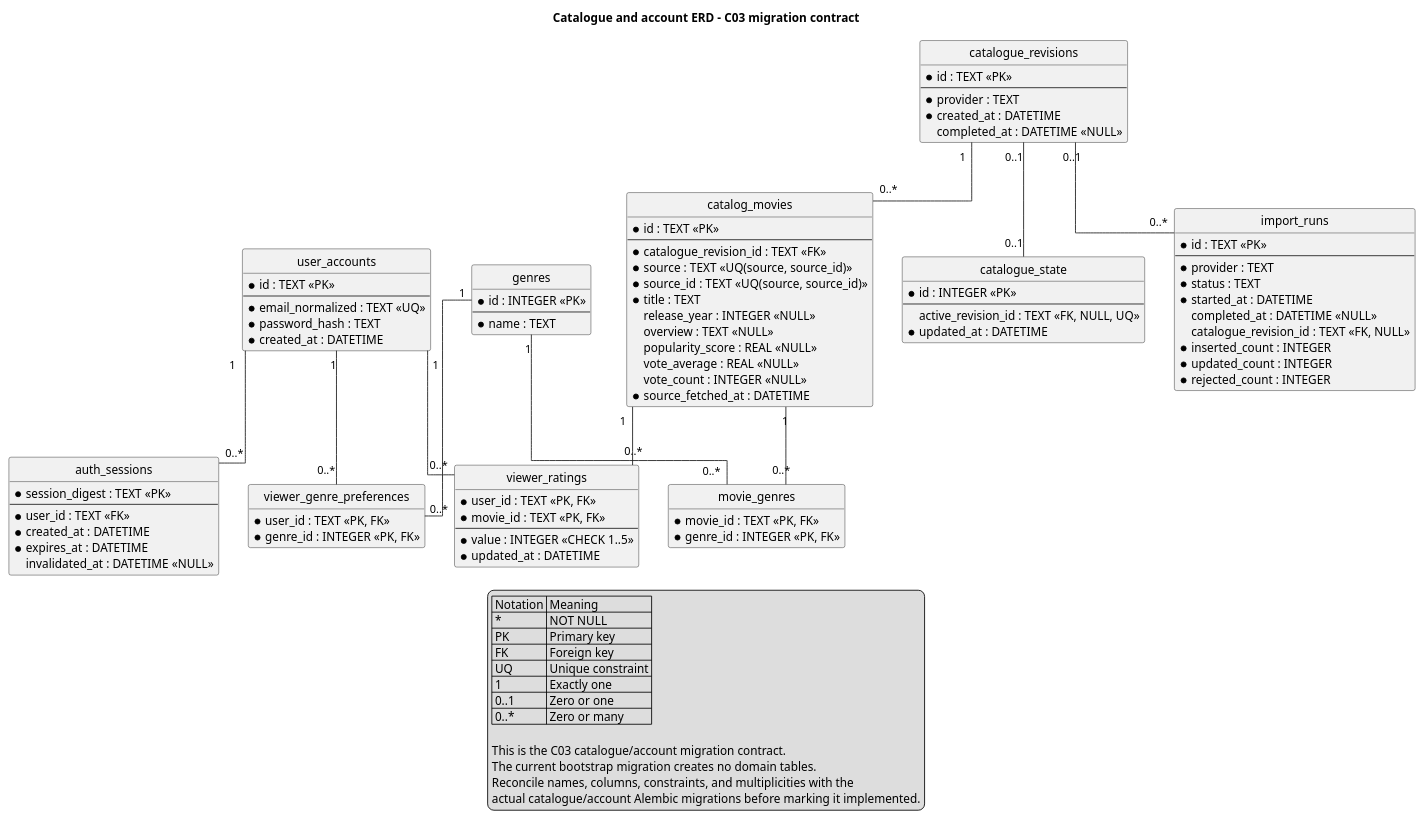
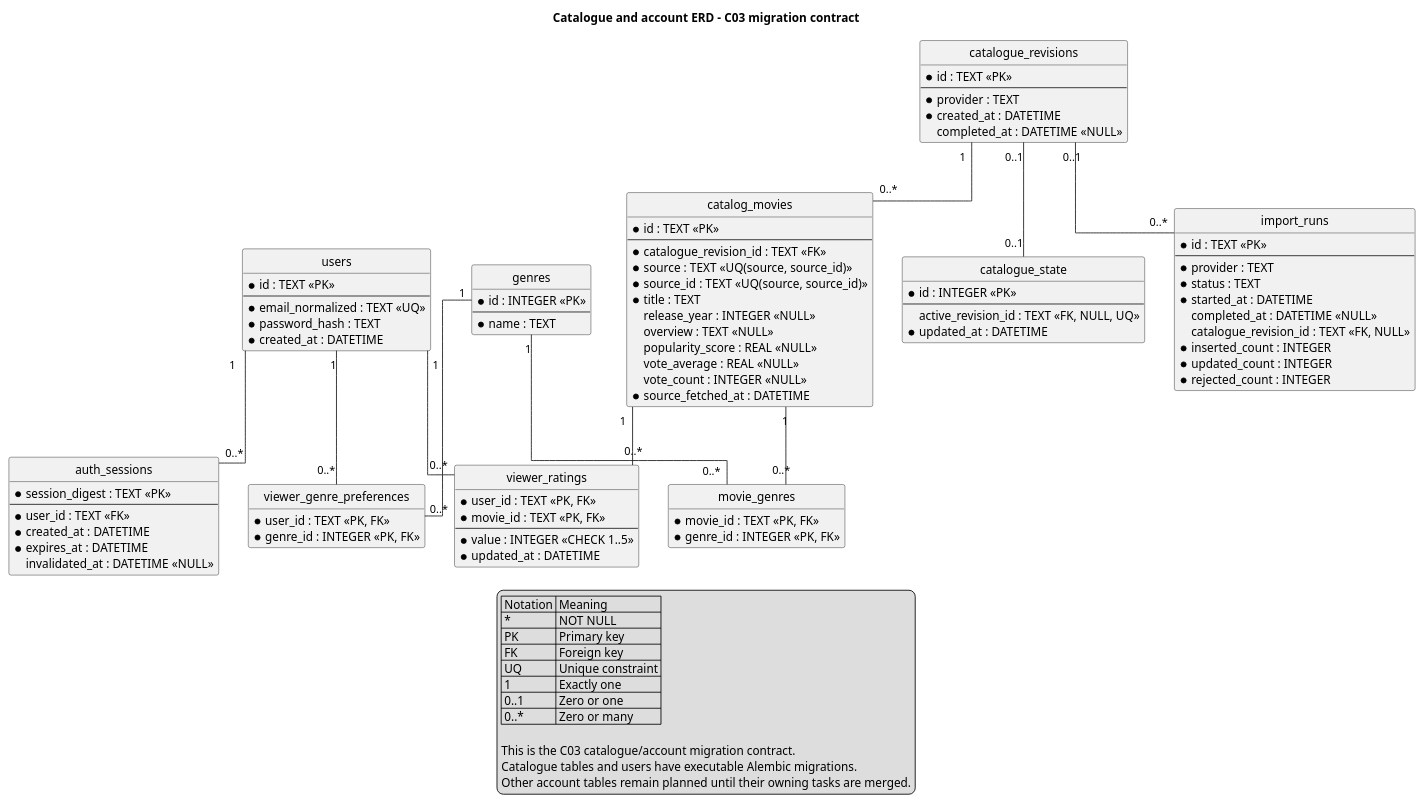
The diagram in docs/images/erd.puml (SE-FDA-NEU/ai66a_group3_C1_SE), drawn with PlantUML before and after one commit. The commit also changed 12 other files, not shown here.

```diff
--- a/docs/images/erd.puml
+++ b/docs/images/erd.puml
@@ -1,124 +1,123 @@
 @startuml
 title Catalogue and account ERD - C03 migration contract
 
 hide circle
 hide methods
 skinparam linetype ortho
 skinparam shadowing false
 skinparam entity {
   BackgroundColor #FFFFFF
   BorderColor #2F5597
   HeaderBackgroundColor #D9E8FB
 }
 
-entity "user_accounts" as user_accounts {
+entity "users" as users {
   * id : TEXT <<PK>>
   --
   * email_normalized : TEXT <<UQ>>
   * password_hash : TEXT
   * created_at : DATETIME
 }
 
 entity "auth_sessions" as auth_sessions {
   * session_digest : TEXT <<PK>>
   --
   * user_id : TEXT <<FK>>
   * created_at : DATETIME
   * expires_at : DATETIME
   invalidated_at : DATETIME <<NULL>>
 }
 
 entity "catalogue_revisions" as rev {
   * id : TEXT <<PK>>
   --
   * provider : TEXT
   * created_at : DATETIME
   completed_at : DATETIME <<NULL>>
 }
 
 entity "catalogue_state" as active_state {
   * id : INTEGER <<PK>>
   --
   active_revision_id : TEXT <<FK, NULL, UQ>>
   * updated_at : DATETIME
 }
 
 entity "catalog_movies" as movie_rows {
   * id : TEXT <<PK>>
   --
   * catalogue_revision_id : TEXT <<FK>>
   * source : TEXT <<UQ(source, source_id)>>
   * source_id : TEXT <<UQ(source, source_id)>>
   * title : TEXT
   release_year : INTEGER <<NULL>>
   overview : TEXT <<NULL>>
   popularity_score : REAL <<NULL>>
   vote_average : REAL <<NULL>>
   vote_count : INTEGER <<NULL>>
   * source_fetched_at : DATETIME
 }
 
 entity "genres" as genres {
   * id : INTEGER <<PK>>
   --
   * name : TEXT
 }
 
 entity "movie_genres" as movie_genre_links {
   * movie_id : TEXT <<PK, FK>>
   * genre_id : INTEGER <<PK, FK>>
 }
 
 entity "viewer_genre_preferences" as viewer_genre_preferences {
   * user_id : TEXT <<PK, FK>>
   * genre_id : INTEGER <<PK, FK>>
 }
 
 entity "viewer_ratings" as viewer_ratings {
   * user_id : TEXT <<PK, FK>>
   * movie_id : TEXT <<PK, FK>>
   --
   * value : INTEGER <<CHECK 1..5>>
   * updated_at : DATETIME
 }
 
 entity "import_runs" as imports {
   * id : TEXT <<PK>>
   --
   * provider : TEXT
   * status : TEXT
   * started_at : DATETIME
   completed_at : DATETIME <<NULL>>
   catalogue_revision_id : TEXT <<FK, NULL>>
   * inserted_count : INTEGER
   * updated_count : INTEGER
   * rejected_count : INTEGER
 }
 
-user_accounts "1" -- "0..*" auth_sessions
-user_accounts "1" -- "0..*" viewer_genre_preferences
-user_accounts "1" -- "0..*" viewer_ratings
+users "1" -- "0..*" auth_sessions
+users "1" -- "0..*" viewer_genre_preferences
+users "1" -- "0..*" viewer_ratings
 genres "1" -- "0..*" viewer_genre_preferences
 rev "1" -- "0..*" movie_rows
 rev "0..1" -- "0..1" active_state
 rev "0..1" -- "0..*" imports
 movie_rows "1" -- "0..*" movie_genre_links
 genres "1" -- "0..*" movie_genre_links
 movie_rows "1" -- "0..*" viewer_ratings
 
 legend bottom
   | Notation | Meaning |
   | * | NOT NULL |
   | PK | Primary key |
   | FK | Foreign key |
   | UQ | Unique constraint |
   | 1 | Exactly one |
   | 0..1 | Zero or one |
   | 0..* | Zero or many |
 
   This is the C03 catalogue/account migration contract.
-  The current bootstrap migration creates no domain tables.
-  Reconcile names, columns, constraints, and multiplicities with the
-  actual catalogue/account Alembic migrations before marking it implemented.
+  Catalogue tables and users have executable Alembic migrations.
+  Other account tables remain planned until their owning tasks are merged.
 endlegend
 @enduml
```
